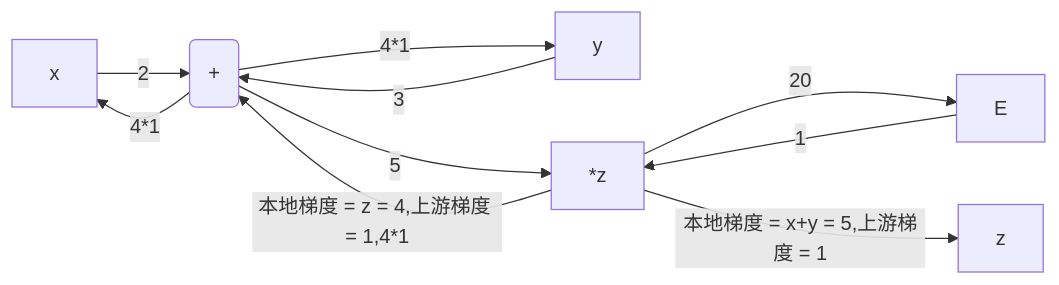
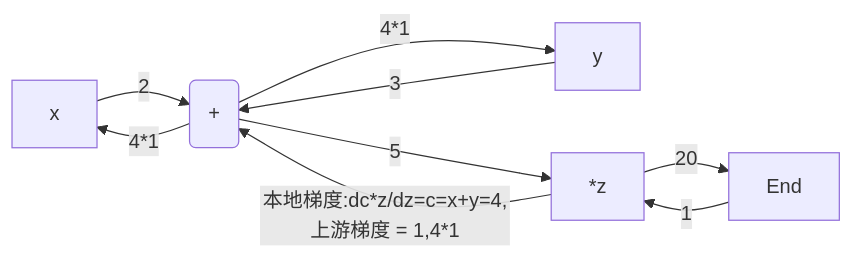
The first of 3 diagrams in CS231n/CS231n.md (EZreal-zhangxing/paper_note), drawn with Mermaid before and after one commit. The commit also changed other lines of this file and 1 other file, not shown here.

````diff
--- a/CS231n/CS231n.md
+++ b/CS231n/CS231n.md
@@ -233,12 +233,11 @@
 ```mermaid
 graph LR
-A[x] -->|2| c(+)
+A[x] --> |2| c(+)
 B[y] -->|3| c
 c -->|5|D[*z]
-D -->|本地梯度 = z = 4,上游梯度 = 1,4*1|c
-D -->|20|E
-E -->|1|D
-D --> |本地梯度 = x+y = 5,上游梯度 = 1|F[z]
+D -->|本地梯度:dc*z/dz=c=x+y=4,上游梯度 = 1,4*1|c
+D -->|20|End
+End -->|1|D
 c -->|4*1|A
 c -->|4*1|B
 ```
````
